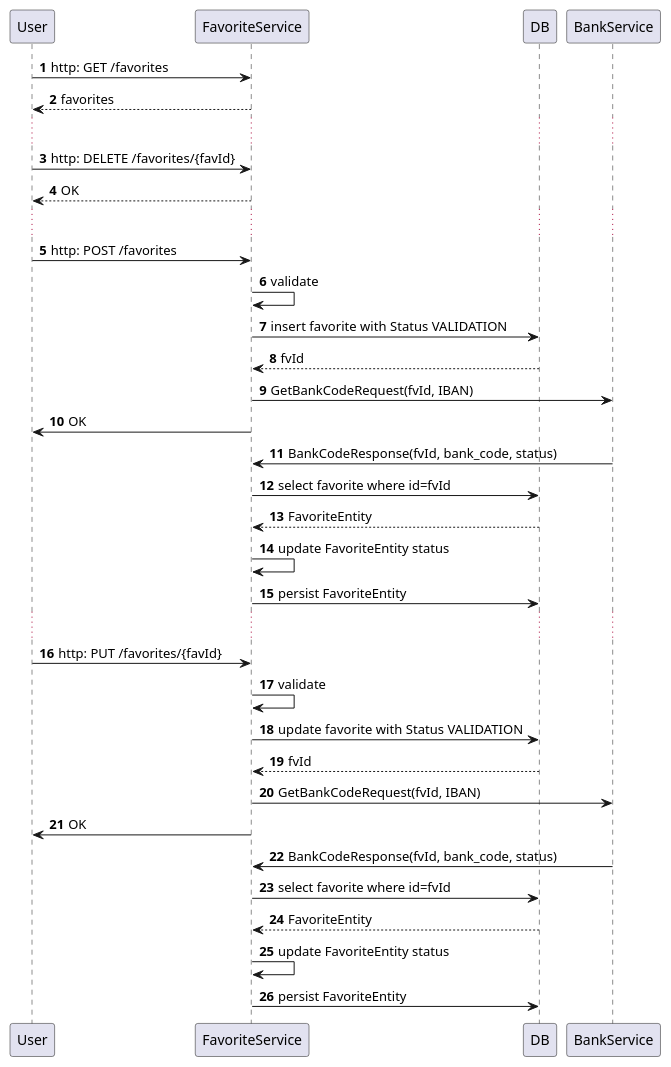
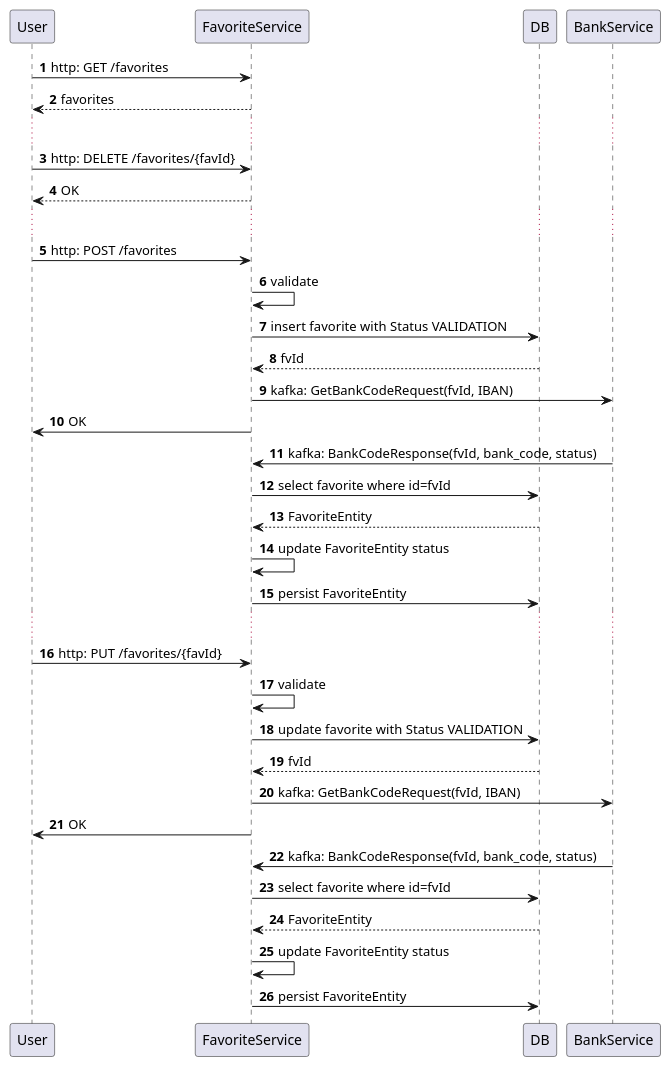
One commit to lookassh/hcl_hackathon changed the diagram in Seq.puml. Above: the diagram before and after it, drawn with PlantUML.

Commit message:
rest API design

```diff
--- a/Seq.puml
+++ b/Seq.puml
@@ -1,36 +1,36 @@
 @startuml
 'https://plantuml.com/sequence-diagram
 
 autonumber
 
 User -> FavoriteService: http: GET /favorites
 return favorites
 ...
 User -> FavoriteService: http: DELETE /favorites/{favId}
 return OK
 ...
 User -> FavoriteService: http: POST /favorites
 FavoriteService -> FavoriteService: validate
 FavoriteService -> DB: insert favorite with Status VALIDATION
 return fvId
-FavoriteService -> BankService: GetBankCodeRequest(fvId, IBAN)
+FavoriteService -> BankService: kafka: GetBankCodeRequest(fvId, IBAN)
 FavoriteService -> User: OK
-BankService -> FavoriteService: BankCodeResponse(fvId, bank_code, status)
+BankService -> FavoriteService: kafka: BankCodeResponse(fvId, bank_code, status)
 FavoriteService -> DB: select favorite where id=fvId
 return FavoriteEntity
 FavoriteService -> FavoriteService: update FavoriteEntity status
 FavoriteService -> DB: persist FavoriteEntity
 ...
 User -> FavoriteService: http: PUT /favorites/{favId}
 FavoriteService -> FavoriteService: validate
 FavoriteService -> DB: update favorite with Status VALIDATION
 return fvId
-FavoriteService -> BankService: GetBankCodeRequest(fvId, IBAN)
+FavoriteService -> BankService: kafka: GetBankCodeRequest(fvId, IBAN)
 FavoriteService -> User: OK
-BankService -> FavoriteService: BankCodeResponse(fvId, bank_code, status)
+BankService -> FavoriteService: kafka: BankCodeResponse(fvId, bank_code, status)
 FavoriteService -> DB: select favorite where id=fvId
 return FavoriteEntity
 FavoriteService -> FavoriteService: update FavoriteEntity status
 FavoriteService -> DB: persist FavoriteEntity
 
 @enduml
```
